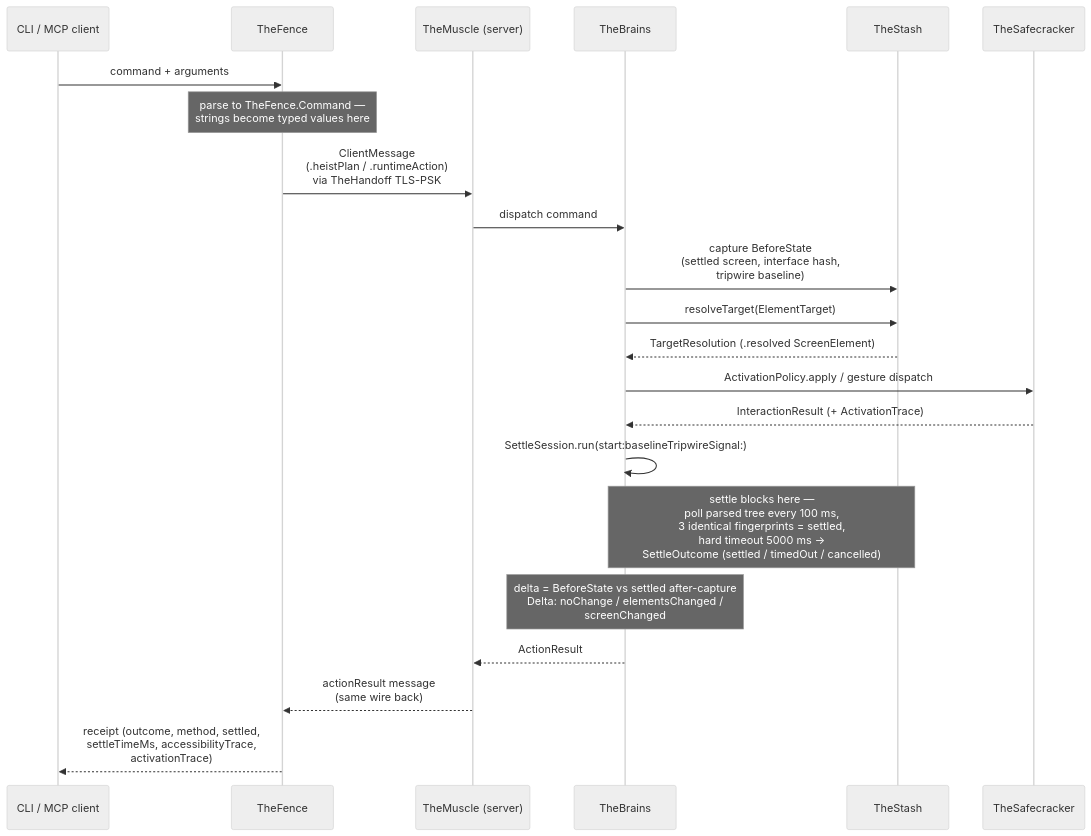
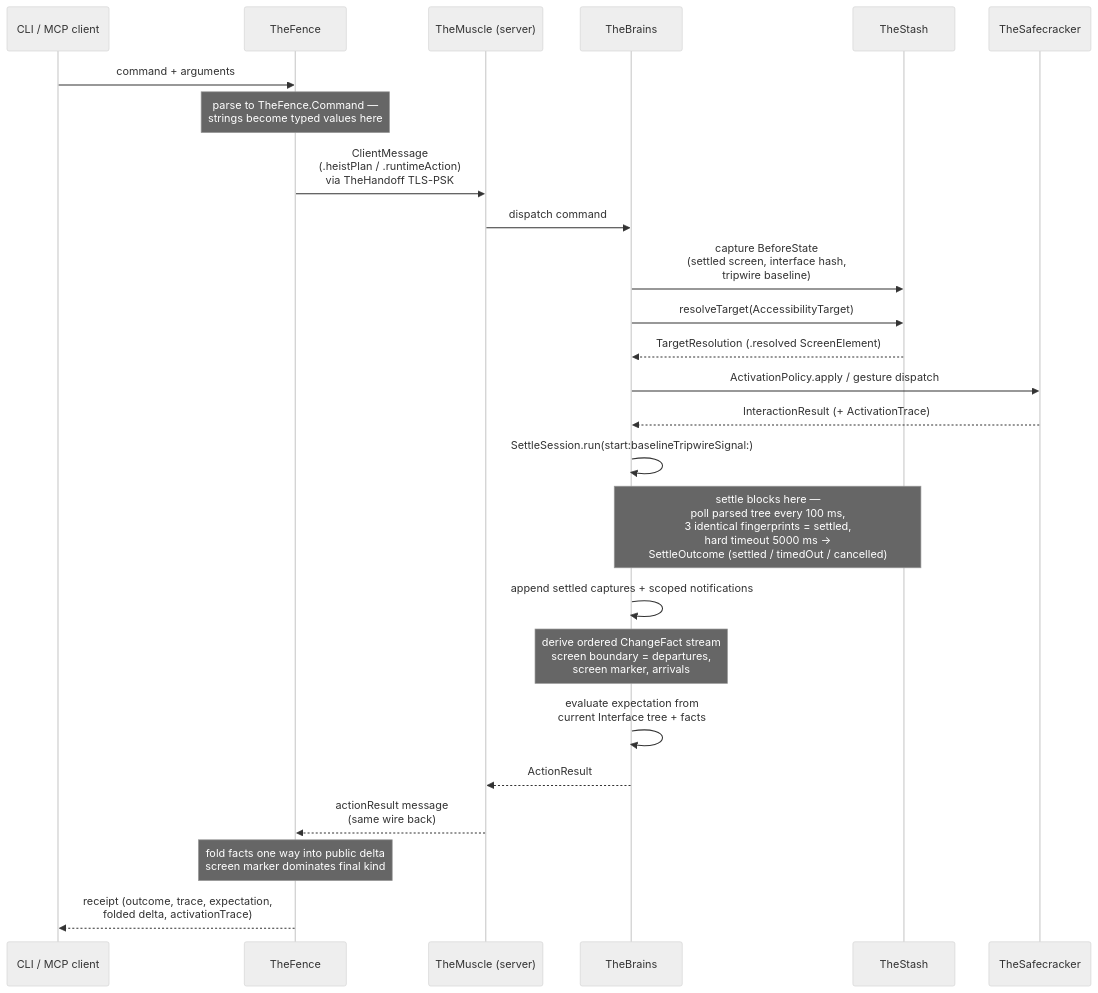
Before and after one commit to RoyalPineapple/TheButtonHeist: the diagram in docs/diagrams/action-pipeline.md, drawn with Mermaid (neutral theme). The commit also changed other lines of this file and 279 other files, not shown here.

Commit message:
Unify accessibility targets and observation facts

````diff
--- a/docs/diagrams/action-pipeline.md
+++ b/docs/diagrams/action-pipeline.md
@@ -8,25 +10,28 @@
 ```mermaid
 sequenceDiagram
     participant Client as CLI / MCP client
     participant Fence as TheFence
     participant Muscle as TheMuscle (server)
     participant Brains as TheBrains
     participant Stash as TheStash
     participant Safecracker as TheSafecracker
 
     Client->>Fence: command + arguments
     Note over Fence: parse to TheFence.Command —<br/>strings become typed values here
     Fence->>Muscle: ClientMessage<br/>(.heistPlan / .runtimeAction)<br/>via TheHandoff TLS-PSK
     Muscle->>Brains: dispatch command
     Brains->>Stash: capture BeforeState<br/>(settled screen, interface hash,<br/>tripwire baseline)
-    Brains->>Stash: resolveTarget(ElementTarget)
+    Brains->>Stash: resolveTarget(AccessibilityTarget)
     Stash-->>Brains: TargetResolution (.resolved ScreenElement)
     Brains->>Safecracker: ActivationPolicy.apply / gesture dispatch
     Safecracker-->>Brains: InteractionResult (+ ActivationTrace)
     Brains->>Brains: SettleSession.run(start:baselineTripwireSignal:)
     Note over Brains,Stash: settle blocks here —<br/>poll parsed tree every 100 ms,<br/>3 identical fingerprints = settled,<br/>hard timeout 5000 ms →<br/>SettleOutcome (settled / timedOut / cancelled)
-    Note over Brains: delta = BeforeState vs settled after-capture<br/>Delta: noChange / elementsChanged /<br/>screenChanged
+    Brains->>Brains: append settled captures + scoped notifications
+    Note over Brains: derive ordered ChangeFact stream<br/>screen boundary = departures,<br/>screen marker, arrivals
+    Brains->>Brains: evaluate expectation from<br/>current Interface tree + facts
     Brains-->>Muscle: ActionResult
     Muscle-->>Fence: actionResult message<br/>(same wire back)
-    Fence-->>Client: receipt (outcome, method, settled,<br/>settleTimeMs, accessibilityTrace,<br/>activationTrace)
+    Note over Fence: fold facts one way into public delta<br/>screen marker dominates final kind
+    Fence-->>Client: receipt (outcome, trace, expectation,<br/>folded delta, activationTrace)
 ```
````
